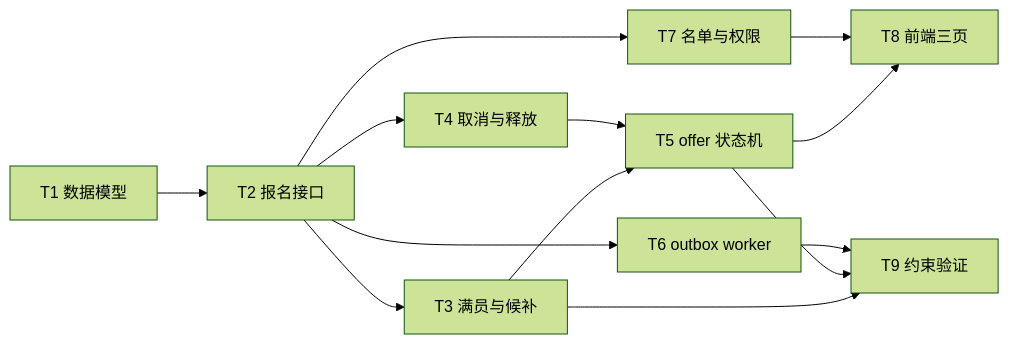
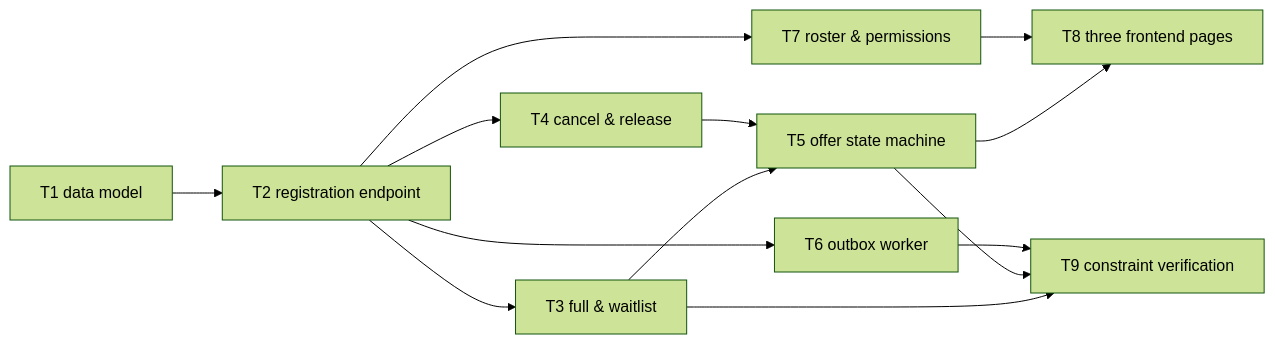
The second of 3 diagrams in phase2/chapters/ch07-task-slicing.md (xzlxiao/vibe-coding-textbook), drawn with Mermaid (forest theme) before and after one commit. The commit also changed other lines of this file and 15 other files, not shown here.

````diff
--- a/phase2/chapters/ch07-task-slicing.md
+++ b/phase2/chapters/ch07-task-slicing.md
@@ -118,15 +118,15 @@
 ```mermaid
 flowchart LR
-    T1["T1 数据模型"] --> T2["T2 报名接口"]
-    T2 --> T3["T3 满员与候补"]
-    T2 --> T4["T4 取消与释放"]
+    T1["T1 data model"] --> T2["T2 registration endpoint"]
+    T2 --> T3["T3 full & waitlist"]
+    T2 --> T4["T4 cancel & release"]
     T2 --> T6["T6 outbox worker"]
-    T2 --> T7["T7 名单与权限"]
-    T3 --> T5["T5 offer 状态机"]
+    T2 --> T7["T7 roster & permissions"]
+    T3 --> T5["T5 offer state machine"]
     T4 --> T5
-    T5 --> T8["T8 前端三页"]
+    T5 --> T8["T8 three frontend pages"]
     T7 --> T8
-    T3 --> T9["T9 约束验证"]
+    T3 --> T9["T9 constraint verification"]
     T5 --> T9
     T6 --> T9
 ```
````
